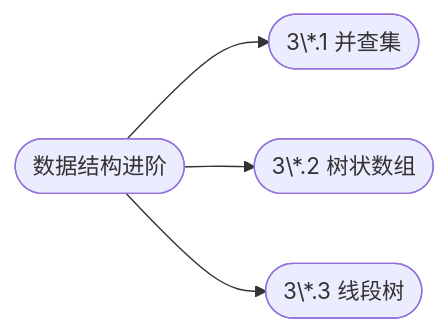
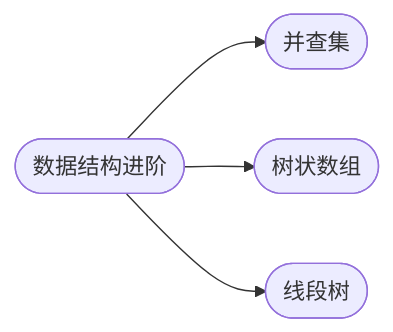
The diagram in 3*-数据结构进阶/index.md (cuberxl/Coders-Note), drawn with Mermaid before and after one commit. The commit also changed 11 other files, not shown here.

````diff
--- a/3*-数据结构进阶/index.md
+++ b/3*-数据结构进阶/index.md
@@ -23,7 +23,7 @@
 ```mermaid
 flowchart LR
     R(["数据结构进阶"])
-    R --> N1(["3\*.1 并查集"])
-    R --> N2(["3\*.2 树状数组"])
-    R --> N3(["3\*.3 线段树"])
+    R --> N1(["并查集"])
+    R --> N2(["树状数组"])
+    R --> N3(["线段树"])
 ```
````
